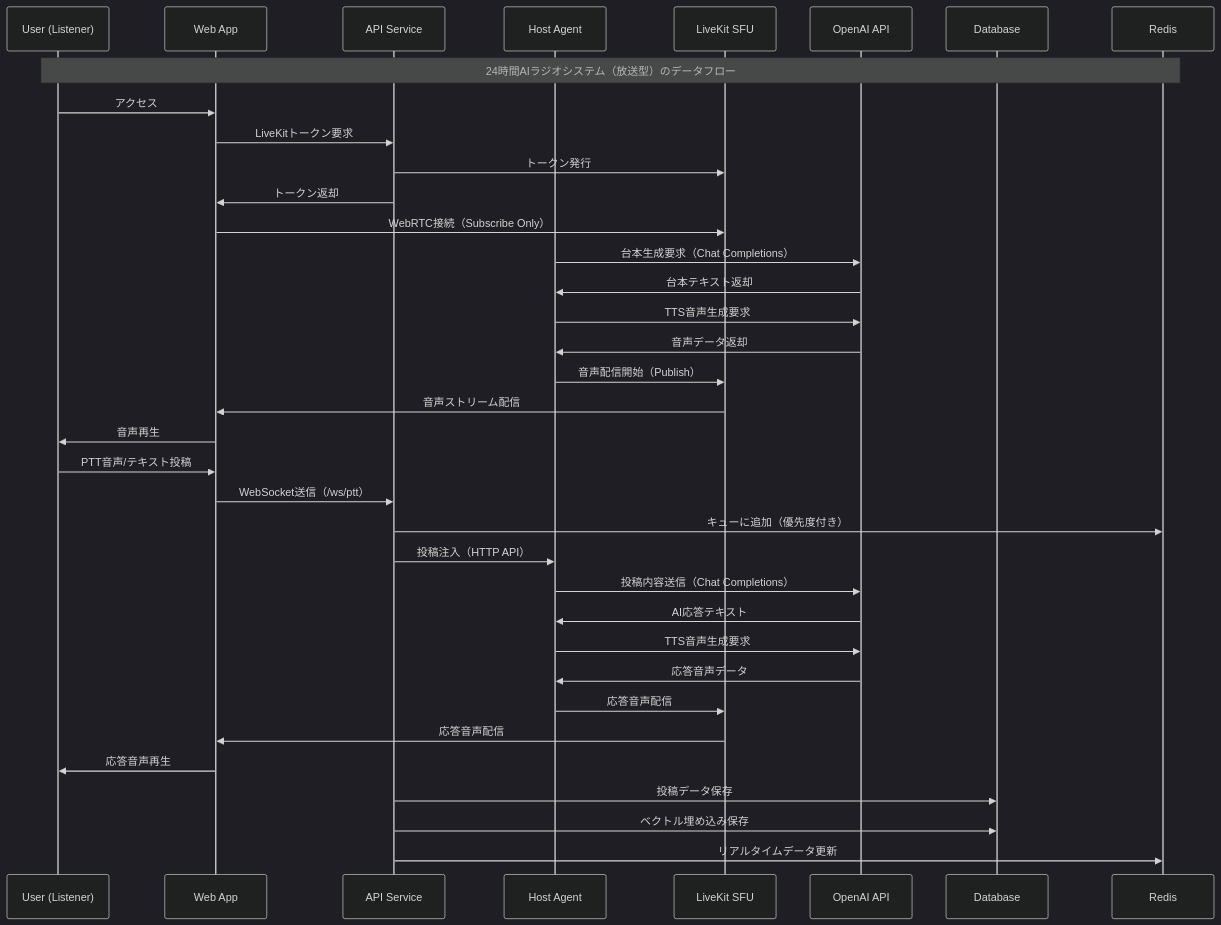
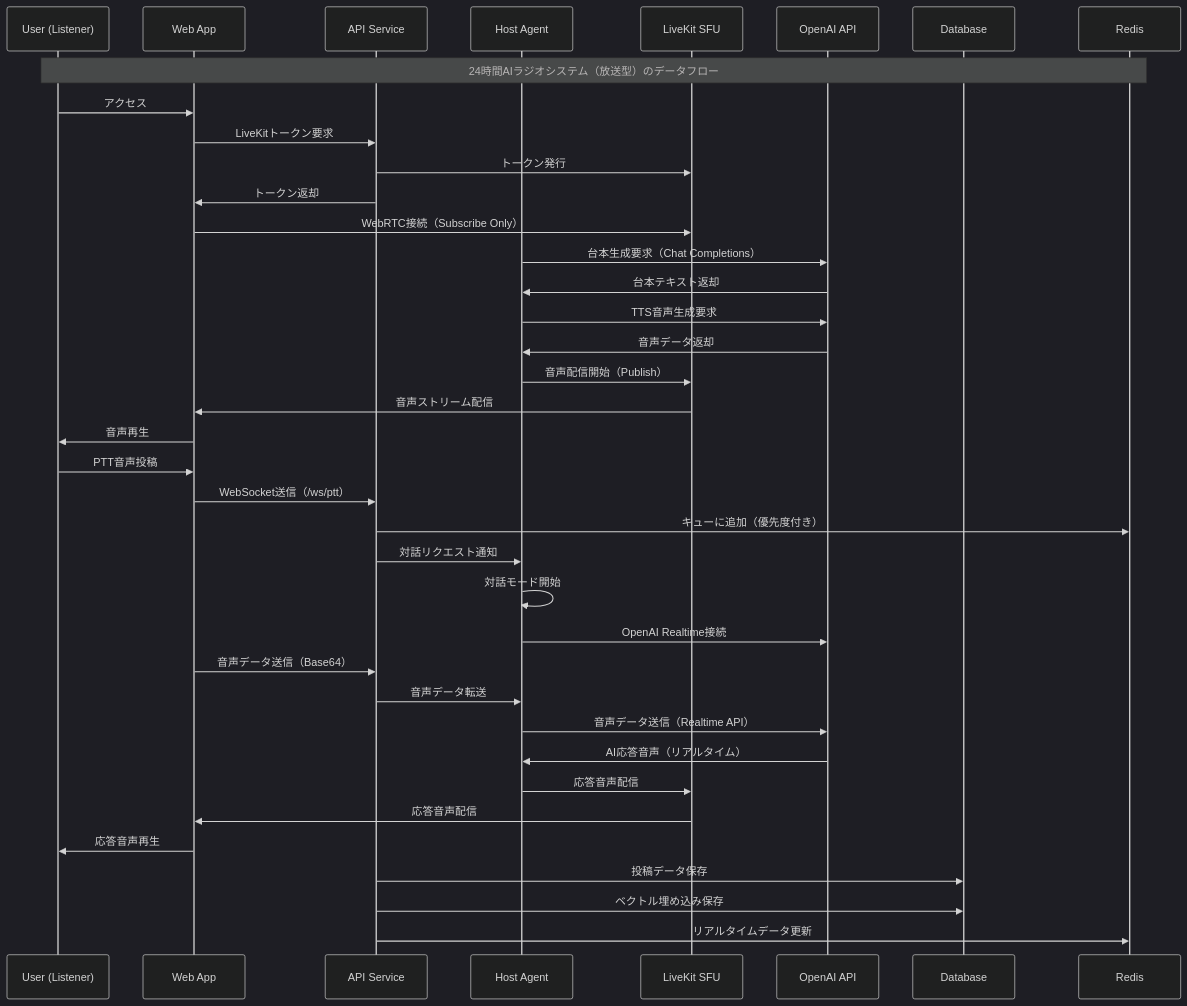
Before and after one commit to IzmYuta/Hacz_Ichthyo: the second of 3 diagrams in docs/architecture-diagram.md, drawn with Mermaid (dark theme). The commit also changed other lines of this file and 1 other file, not shown here.

Commit message:
アーキテクチャとインフラストラクチャのドキュメントを更新し、PTTフローを対話モードに対応させました。OpenAI APIの表記を修正し、リアルタイム音声処理の流れを明確化しました。

````diff
--- a/docs/architecture-diagram.md
+++ b/docs/architecture-diagram.md
@@ -68,47 +72,49 @@
 ```mermaid
 sequenceDiagram
     participant U as User (Listener)
     participant W as Web App
     participant A as API Service
     participant H as Host Agent
     participant L as LiveKit SFU
     participant O as OpenAI API
     participant D as Database
     participant R as Redis
     
     Note over U,R: 24時間AIラジオシステム（放送型）のデータフロー
     
     %% リスナー接続（Subscribe Only）
     U->>W: アクセス
     W->>A: LiveKitトークン要求
     A->>L: トークン発行
     A->>W: トークン返却
     W->>L: WebRTC接続（Subscribe Only）
     
     %% 常時放送（Host Agent）
     H->>O: 台本生成要求（Chat Completions）
     O->>H: 台本テキスト返却
     H->>O: TTS音声生成要求
     O->>H: 音声データ返却
     H->>L: 音声配信開始（Publish）
     L->>W: 音声ストリーム配信
     W->>U: 音声再生
     
-    %% PTT投稿処理
-    U->>W: PTT音声/テキスト投稿
+    %% PTT投稿処理（対話モード）
+    U->>W: PTT音声投稿
     W->>A: WebSocket送信（/ws/ptt）
     A->>R: キューに追加（優先度付き）
-    A->>H: 投稿注入（HTTP API）
-    H->>O: 投稿内容送信（Chat Completions）
-    O->>H: AI応答テキスト
-    H->>O: TTS音声生成要求
-    O->>H: 応答音声データ
+    A->>H: 対話リクエスト通知
+    H->>H: 対話モード開始
+    H->>O: OpenAI Realtime接続
+    W->>A: 音声データ送信（Base64）
+    A->>H: 音声データ転送
+    H->>O: 音声データ送信（Realtime API）
+    O->>H: AI応答音声（リアルタイム）
     H->>L: 応答音声配信
     L->>W: 応答音声配信
     W->>U: 応答音声再生
     
     %% データ保存
     A->>D: 投稿データ保存
     A->>D: ベクトル埋め込み保存
     A->>R: リアルタイムデータ更新
 ```
````
